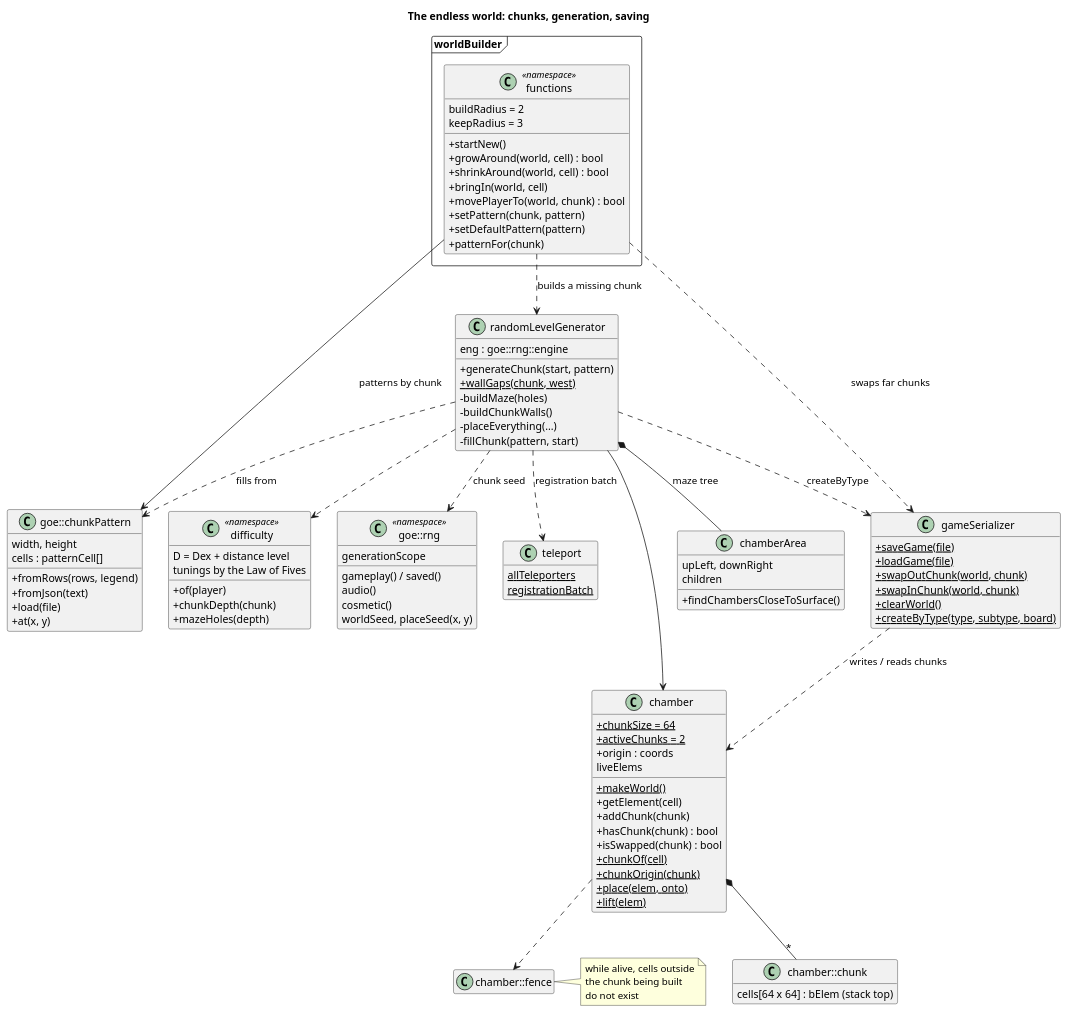
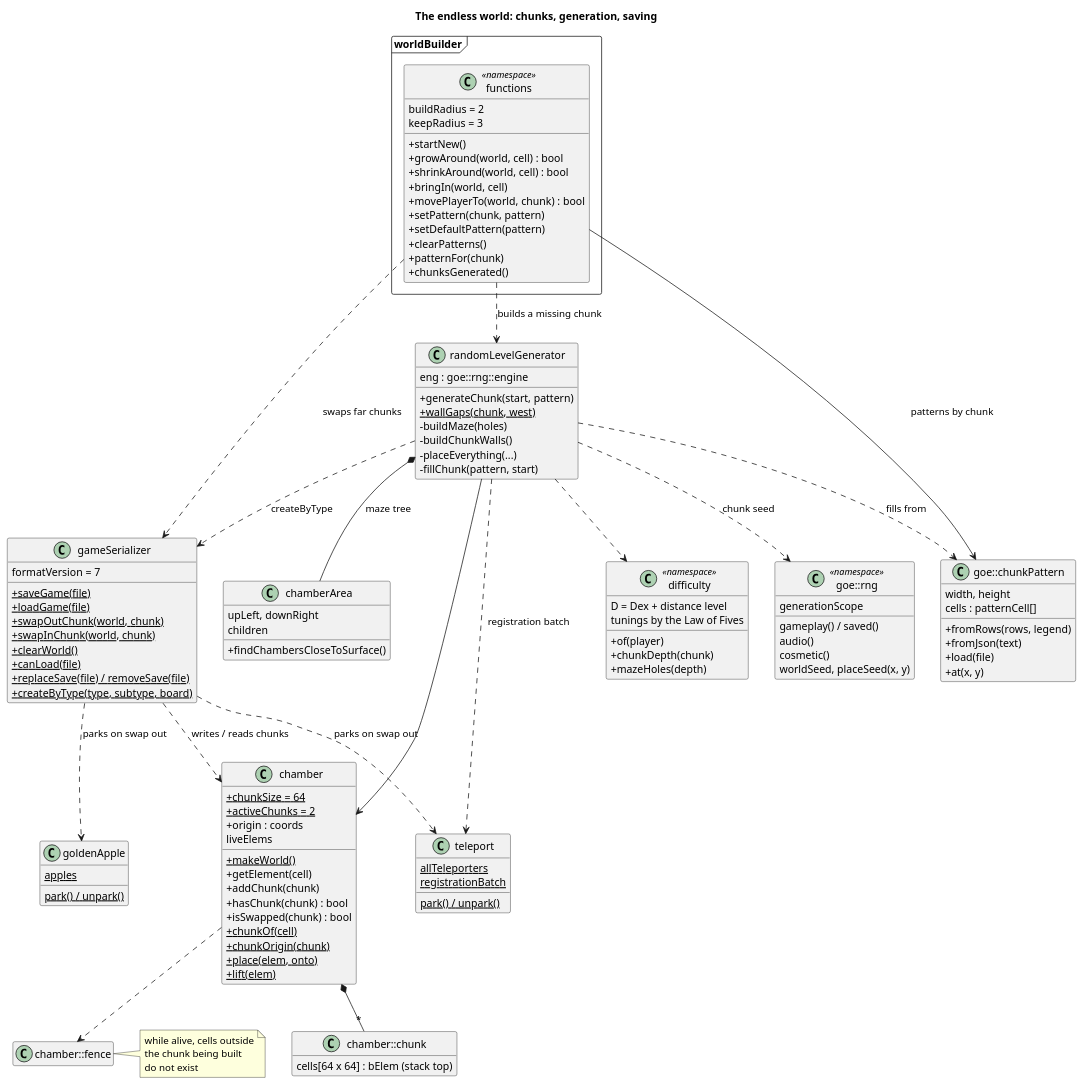
The diagram in docs/diagrams/02-world-classes.puml (arielkonopka/Gardens-of-Eris), drawn with PlantUML before and after one commit. The commit also changed 33 other files, not shown here.

First line of the commit message:
Class docs in docs/classes, diagrams brought up to date, old documents removed

```diff
--- a/docs/diagrams/02-world-classes.puml
+++ b/docs/diagrams/02-world-classes.puml
@@ -1,103 +1,115 @@
 @startuml
 title The endless world: chunks, generation, saving
 skinparam classAttributeIconSize 0
 hide empty members
 
 class chamber {
   +{static} chunkSize = 64
   +{static} activeChunks = 2
   +origin : coords
   +{static} makeWorld()
   +getElement(cell)
   +addChunk(chunk)
   +hasChunk(chunk) : bool
   +isSwapped(chunk) : bool
   +{static} chunkOf(cell)
   +{static} chunkOrigin(chunk)
   +{static} place(elem, onto)
   +{static} lift(elem)
   liveElems
 }
 class "chamber::chunk" as chunk {
   cells[64 x 64] : bElem (stack top)
 }
 class "chamber::fence" as fence
 note right of fence : while alive, cells outside\nthe chunk being built\ndo not exist
 
 namespace worldBuilder <<Frame>> {
   class functions <<namespace>> {
     +startNew()
     +growAround(world, cell) : bool
     +shrinkAround(world, cell) : bool
     +bringIn(world, cell)
     +movePlayerTo(world, chunk) : bool
     +setPattern(chunk, pattern)
     +setDefaultPattern(pattern)
+    +clearPatterns()
     +patternFor(chunk)
+    +chunksGenerated()
     buildRadius = 2
     keepRadius = 3
   }
 }
 class randomLevelGenerator {
   eng : goe::rng::engine
   +generateChunk(start, pattern)
   +{static} wallGaps(chunk, west)
   -buildMaze(holes)
   -buildChunkWalls()
   -placeEverything(...)
   -fillChunk(pattern, start)
 }
 class chamberArea {
   upLeft, downRight
   children
   +findChambersCloseToSurface()
 }
 class "goe::chunkPattern" as chunkPattern {
   width, height
   cells : patternCell[]
   +fromRows(rows, legend)
   +fromJson(text)
   +load(file)
   +at(x, y)
 }
 class gameSerializer {
   +{static} saveGame(file)
   +{static} loadGame(file)
   +{static} swapOutChunk(world, chunk)
   +{static} swapInChunk(world, chunk)
   +{static} clearWorld()
+  +{static} canLoad(file)
+  +{static} replaceSave(file) / removeSave(file)
   +{static} createByType(type, subtype, board)
+  formatVersion = 7
 }
 class "difficulty" as difficulty <<namespace>> {
   D = Dex + distance level
   +of(player)
   +chunkDepth(chunk)
   +mazeHoles(depth)
   tunings by the Law of Fives
 }
 class "goe::rng" as rng <<namespace>> {
   gameplay() / saved()
   audio()
   cosmetic()
   worldSeed, placeSeed(x, y)
   generationScope
 }
 class teleport {
   {static} allTeleporters
   {static} registrationBatch
+  {static} park() / unpark()
+}
+class goldenApple {
+  {static} apples
+  {static} park() / unpark()
 }
 
 chamber *-- "*" chunk
 chamber ..> fence
 functions ..> randomLevelGenerator : builds a missing chunk
 functions ..> gameSerializer : swaps far chunks
 functions --> chunkPattern : patterns by chunk
 randomLevelGenerator --> chamber
 randomLevelGenerator *-- chamberArea : maze tree
 randomLevelGenerator ..> chunkPattern : fills from
 randomLevelGenerator ..> gameSerializer : createByType
 randomLevelGenerator ..> difficulty
 randomLevelGenerator ..> rng : chunk seed
 randomLevelGenerator ..> teleport : registration batch
 gameSerializer ..> chamber : writes / reads chunks
+gameSerializer ..> teleport : parks on swap out
+gameSerializer ..> goldenApple : parks on swap out
 @enduml
```
